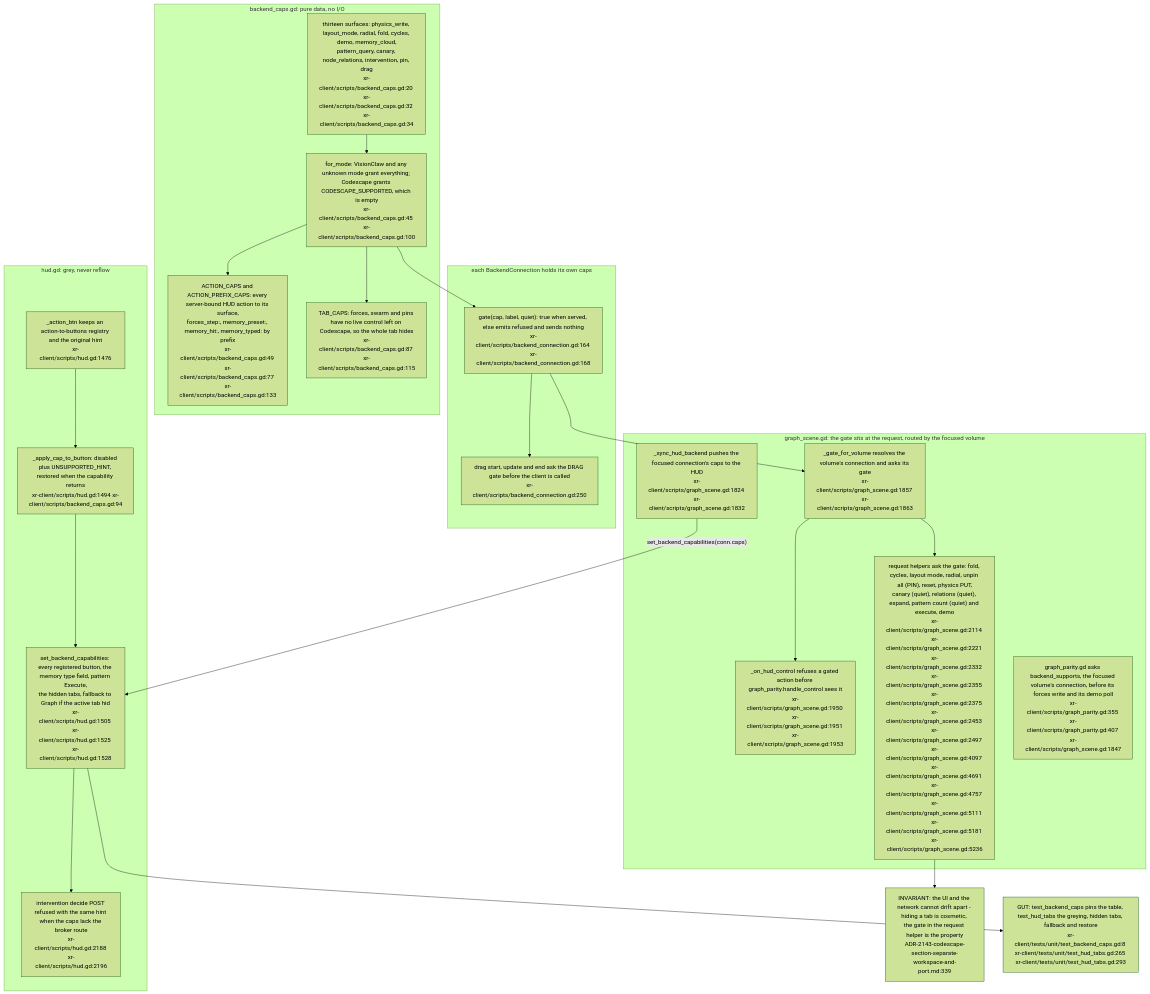
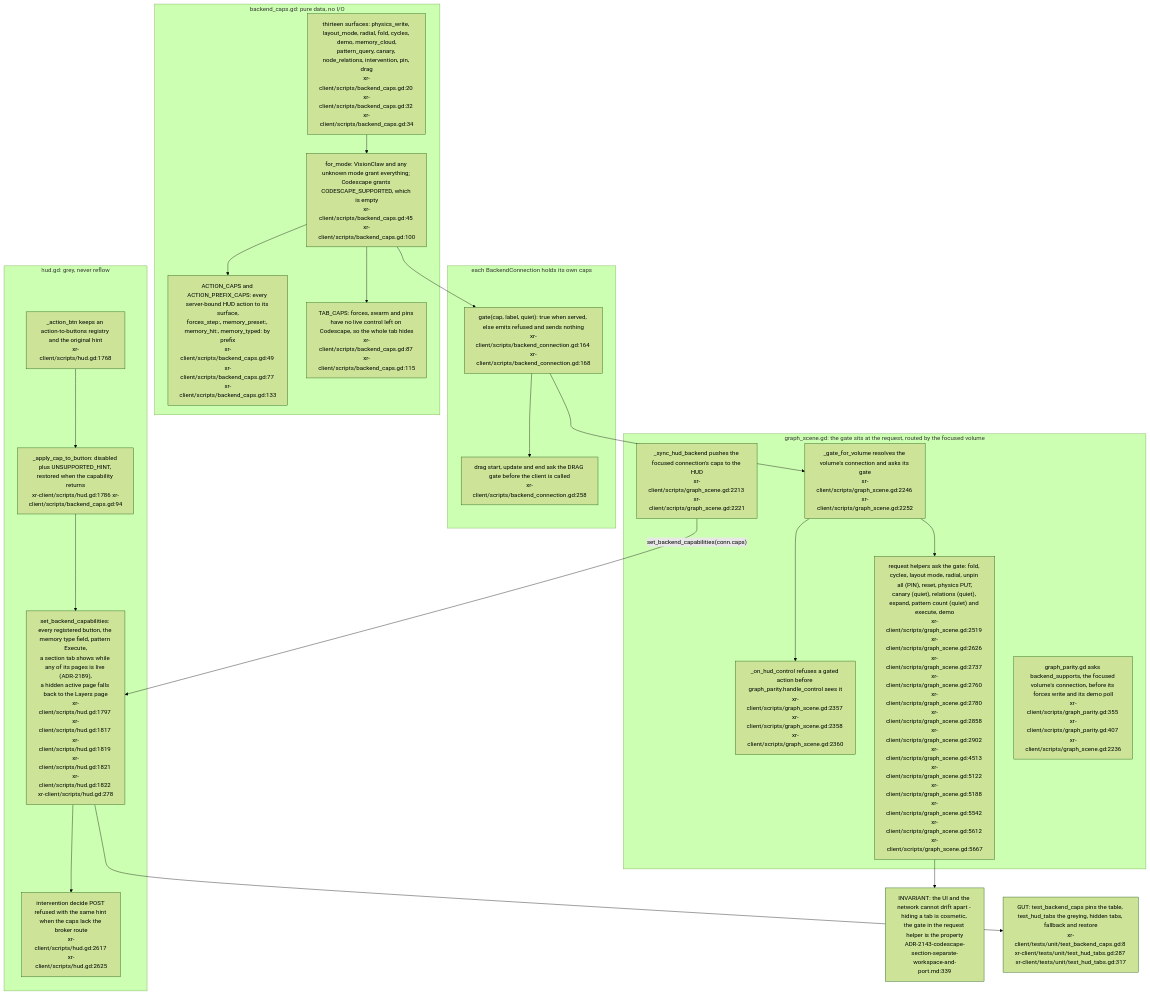
Before and after one commit to DreamLab-AI/VisionFlow: the first of 3 diagrams in docs/diagrams/visionclaw/40-xr-two-backends-capability-gating.md, drawn with Mermaid (forest theme). The commit also changed other lines of this file and 56 other files, not shown here.

First line of the commit message:
docs(diagrams): re-verify VisionClaw topics at ec785afa9, add VC-19/56/57 and the VisionClaw register

````diff
--- a/docs/diagrams/visionclaw/40-xr-two-backends-capability-gating.md
+++ b/docs/diagrams/visionclaw/40-xr-two-backends-capability-gating.md
@@ -37,41 +40,41 @@
 ```mermaid
 flowchart TB
     subgraph TABLE["backend_caps.gd: pure data, no I/O"]
         KEYS["thirteen surfaces: physics_write, layout_mode, radial, fold, cycles, demo, memory_cloud,<br/>pattern_query, canary, node_relations, intervention, pin, drag<br/>xr-client/scripts/backend_caps.gd:20 xr-client/scripts/backend_caps.gd:32 xr-client/scripts/backend_caps.gd:34"]
         MODE["for_mode: VisionClaw and any unknown mode grant everything; Codescape grants CODESCAPE_SUPPORTED, which is empty<br/>xr-client/scripts/backend_caps.gd:45 xr-client/scripts/backend_caps.gd:100"]
         AMAP["ACTION_CAPS and ACTION_PREFIX_CAPS: every server-bound HUD action to its surface,<br/>forces_step:, memory_preset:, memory_hit:, memory_typed: by prefix<br/>xr-client/scripts/backend_caps.gd:49 xr-client/scripts/backend_caps.gd:77 xr-client/scripts/backend_caps.gd:133"]
         TMAP["TAB_CAPS: forces, swarm and pins have no live control left on Codescape, so the whole tab hides<br/>xr-client/scripts/backend_caps.gd:87 xr-client/scripts/backend_caps.gd:115"]
         KEYS --> MODE
         MODE --> AMAP
         MODE --> TMAP
     end
     subgraph CONN["each BackendConnection holds its own caps"]
         CGATE["gate(cap, label, quiet): true when served, else emits refused and sends nothing<br/>xr-client/scripts/backend_connection.gd:164 xr-client/scripts/backend_connection.gd:168"]
-        DRAG["drag start, update and end ask the DRAG gate before the client is called<br/>xr-client/scripts/backend_connection.gd:250"]
+        DRAG["drag start, update and end ask the DRAG gate before the client is called<br/>xr-client/scripts/backend_connection.gd:258"]
     end
     subgraph SCENE["graph_scene.gd: the gate sits at the request, routed by the focused volume"]
-        GATE["_gate_for_volume resolves the volume's connection and asks its gate<br/>xr-client/scripts/graph_scene.gd:1857 xr-client/scripts/graph_scene.gd:1863"]
-        CTRL["_on_hud_control refuses a gated action before graph_parity.handle_control sees it<br/>xr-client/scripts/graph_scene.gd:1950 xr-client/scripts/graph_scene.gd:1951 xr-client/scripts/graph_scene.gd:1953"]
-        REQ["request helpers ask the gate: fold, cycles, layout mode, radial, unpin all (PIN), reset, physics PUT,<br/>canary (quiet), relations (quiet), expand, pattern count (quiet) and execute, demo<br/>xr-client/scripts/graph_scene.gd:2114 xr-client/scripts/graph_scene.gd:2221 xr-client/scripts/graph_scene.gd:2332 xr-client/scripts/graph_scene.gd:2355 xr-client/scripts/graph_scene.gd:2375 xr-client/scripts/graph_scene.gd:2453 xr-client/scripts/graph_scene.gd:2497 xr-client/scripts/graph_scene.gd:4097 xr-client/scripts/graph_scene.gd:4691 xr-client/scripts/graph_scene.gd:4757 xr-client/scripts/graph_scene.gd:5111 xr-client/scripts/graph_scene.gd:5181 xr-client/scripts/graph_scene.gd:5236"]
-        PAR["graph_parity.gd asks backend_supports, the focused volume's connection, before its forces write and its demo poll<br/>xr-client/scripts/graph_parity.gd:355 xr-client/scripts/graph_parity.gd:407 xr-client/scripts/graph_scene.gd:1847"]
-        SYNC["_sync_hud_backend pushes the focused connection's caps to the HUD<br/>xr-client/scripts/graph_scene.gd:1824 xr-client/scripts/graph_scene.gd:1832"]
+        GATE["_gate_for_volume resolves the volume's connection and asks its gate<br/>xr-client/scripts/graph_scene.gd:2246 xr-client/scripts/graph_scene.gd:2252"]
+        CTRL["_on_hud_control refuses a gated action before graph_parity.handle_control sees it<br/>xr-client/scripts/graph_scene.gd:2357 xr-client/scripts/graph_scene.gd:2358 xr-client/scripts/graph_scene.gd:2360"]
+        REQ["request helpers ask the gate: fold, cycles, layout mode, radial, unpin all (PIN), reset, physics PUT,<br/>canary (quiet), relations (quiet), expand, pattern count (quiet) and execute, demo<br/>xr-client/scripts/graph_scene.gd:2519 xr-client/scripts/graph_scene.gd:2626 xr-client/scripts/graph_scene.gd:2737 xr-client/scripts/graph_scene.gd:2760 xr-client/scripts/graph_scene.gd:2780 xr-client/scripts/graph_scene.gd:2858 xr-client/scripts/graph_scene.gd:2902 xr-client/scripts/graph_scene.gd:4513 xr-client/scripts/graph_scene.gd:5122 xr-client/scripts/graph_scene.gd:5188 xr-client/scripts/graph_scene.gd:5542 xr-client/scripts/graph_scene.gd:5612 xr-client/scripts/graph_scene.gd:5667"]
+        PAR["graph_parity.gd asks backend_supports, the focused volume's connection, before its forces write and its demo poll<br/>xr-client/scripts/graph_parity.gd:355 xr-client/scripts/graph_parity.gd:407 xr-client/scripts/graph_scene.gd:2236"]
+        SYNC["_sync_hud_backend pushes the focused connection's caps to the HUD<br/>xr-client/scripts/graph_scene.gd:2213 xr-client/scripts/graph_scene.gd:2221"]
         GATE --> CTRL
         GATE --> REQ
     end
     subgraph HUD["hud.gd: grey, never reflow"]
-        REG["_action_btn keeps an action-to-buttons registry and the original hint<br/>xr-client/scripts/hud.gd:1476"]
-        APPLY["_apply_cap_to_button: disabled plus UNSUPPORTED_HINT, restored when the capability returns<br/>xr-client/scripts/hud.gd:1494 xr-client/scripts/backend_caps.gd:94"]
-        SET["set_backend_capabilities: every registered button, the memory type field, pattern Execute,<br/>the hidden tabs, fallback to Graph if the active tab hid<br/>xr-client/scripts/hud.gd:1505 xr-client/scripts/hud.gd:1525 xr-client/scripts/hud.gd:1528"]
-        DEC["intervention decide POST refused with the same hint when the caps lack the broker route<br/>xr-client/scripts/hud.gd:2188 xr-client/scripts/hud.gd:2196"]
+        REG["_action_btn keeps an action-to-buttons registry and the original hint<br/>xr-client/scripts/hud.gd:1768"]
+        APPLY["_apply_cap_to_button: disabled plus UNSUPPORTED_HINT, restored when the capability returns<br/>xr-client/scripts/hud.gd:1786 xr-client/scripts/backend_caps.gd:94"]
+        SET["set_backend_capabilities: every registered button, the memory type field, pattern Execute,<br/>a section tab shows while any of its pages is live (ADR-2189),<br/>a hidden active page falls back to the Layers page<br/>xr-client/scripts/hud.gd:1797 xr-client/scripts/hud.gd:1817 xr-client/scripts/hud.gd:1819 xr-client/scripts/hud.gd:1821 xr-client/scripts/hud.gd:1822 xr-client/scripts/hud.gd:278"]
+        DEC["intervention decide POST refused with the same hint when the caps lack the broker route<br/>xr-client/scripts/hud.gd:2617 xr-client/scripts/hud.gd:2625"]
         REG --> APPLY --> SET
         SET --> DEC
     end
     MODE --> CGATE
     CGATE --> GATE
     CGATE --> DRAG
     SYNC -->|"set_backend_capabilities(conn.caps)"| SET
     INV["INVARIANT: the UI and the network cannot drift apart - hiding a tab is cosmetic, the gate in the request helper is the property<br/>ADR-2143-codescape-section-separate-workspace-and-port.md:339"]
-    T1["GUT: test_backend_caps pins the table, test_hud_tabs the greying, hidden tabs, fallback and restore<br/>xr-client/tests/unit/test_backend_caps.gd:8 xr-client/tests/unit/test_hud_tabs.gd:265 xr-client/tests/unit/test_hud_tabs.gd:293"]
+    T1["GUT: test_backend_caps pins the table, test_hud_tabs the greying, hidden tabs, fallback and restore<br/>xr-client/tests/unit/test_backend_caps.gd:8 xr-client/tests/unit/test_hud_tabs.gd:287 xr-client/tests/unit/test_hud_tabs.gd:317"]
     REQ --> INV
     SET --> T1
 ```
````
